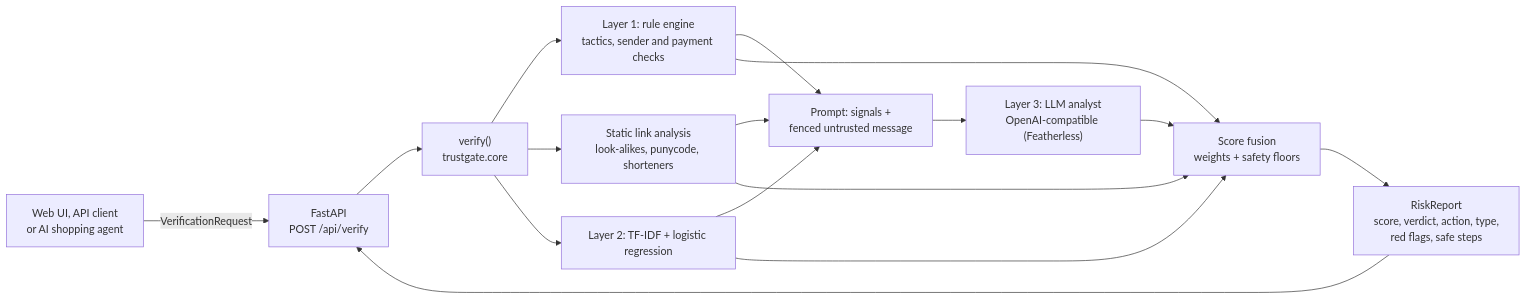
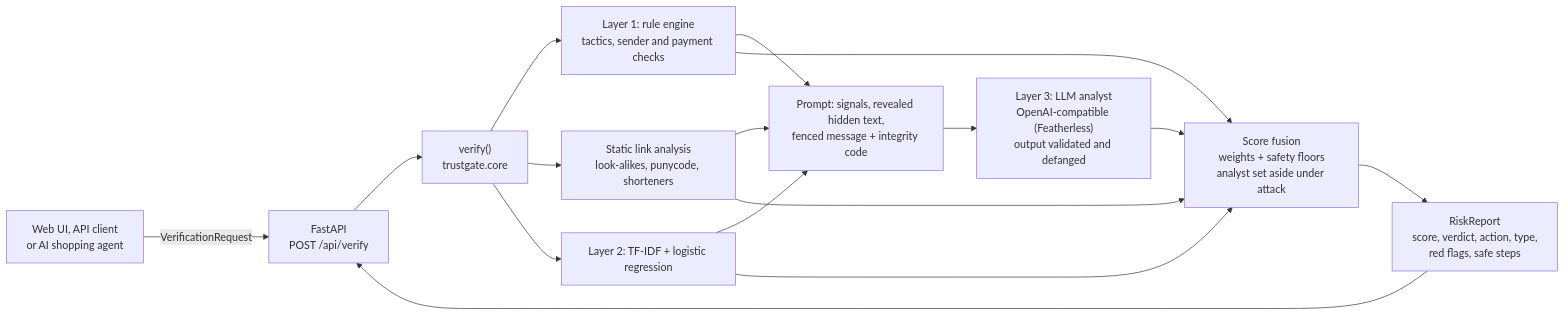
Before and after one commit to hasancomert/trustgate: the first of 2 diagrams in README.md, drawn with Mermaid. The commit also changed other lines of this file, not shown here.

````diff
--- a/README.md
+++ b/README.md
@@ -50,18 +50,18 @@
 ```mermaid
 flowchart LR
     U["Web UI, API client<br/>or AI shopping agent"] -->|VerificationRequest| API["FastAPI<br/>POST /api/verify"]
     API --> V["verify()<br/>trustgate.core"]
     V --> R["Layer 1: rule engine<br/>tactics, sender and payment checks"]
     V --> L["Static link analysis<br/>look-alikes, punycode, shorteners"]
     V --> M["Layer 2: TF-IDF + logistic regression"]
-    R --> P["Prompt: signals +<br/>fenced untrusted message"]
+    R --> P["Prompt: signals, revealed hidden text,<br/>fenced message + integrity code"]
     L --> P
     M --> P
-    P --> LLM["Layer 3: LLM analyst<br/>OpenAI-compatible (Featherless)"]
-    R --> F["Score fusion<br/>weights + safety floors"]
+    P --> LLM["Layer 3: LLM analyst<br/>OpenAI-compatible (Featherless)<br/>output validated and defanged"]
+    R --> F["Score fusion<br/>weights + safety floors<br/>analyst set aside under attack"]
     L --> F
     M --> F
     LLM --> F
     F --> RR["RiskReport<br/>score, verdict, action, type,<br/>red flags, safe steps"]
     RR --> API
 ```
````
